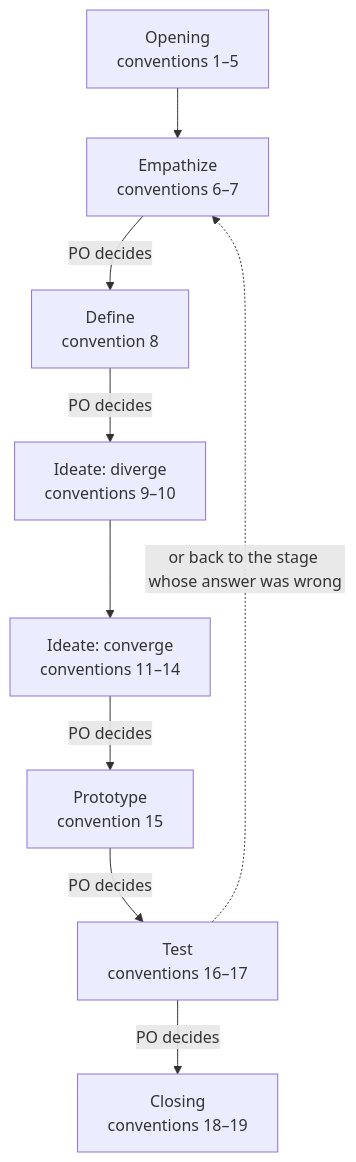
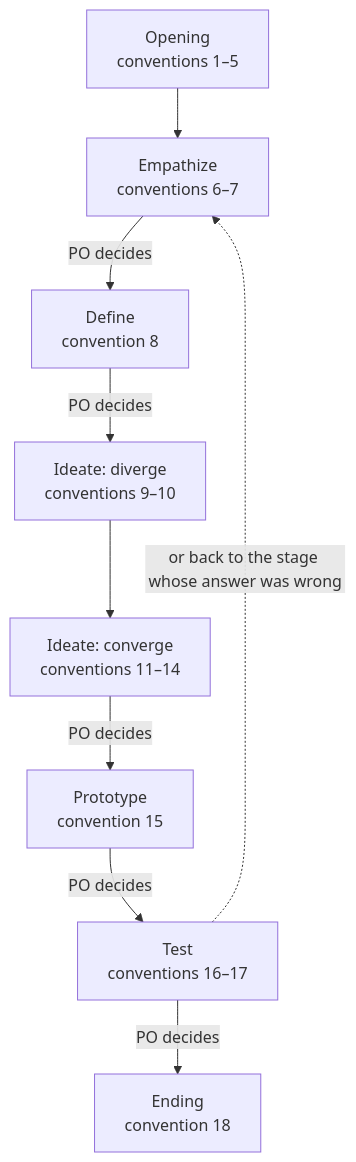
The diagram in plugins/ideo-scrum/skills/design-kernel/conventions/design-log.md (seapawn1/IDEO-Scrum), drawn with Mermaid before and after one commit. The commit also changed other lines of this file and 4 other files, not shown here.

````diff
--- a/plugins/ideo-scrum/skills/design-kernel/conventions/design-log.md
+++ b/plugins/ideo-scrum/skills/design-kernel/conventions/design-log.md
@@ -7,11 +7,11 @@
 ```mermaid
 flowchart TD
     A["Opening<br/>conventions 1–5"] --> B["Empathize<br/>conventions 6–7"]
     B -- "PO decides" --> C["Define<br/>convention 8"]
     C -- "PO decides" --> D["Ideate: diverge<br/>conventions 9–10"]
     D --> E["Ideate: converge<br/>conventions 11–14"]
     E -- "PO decides" --> F["Prototype<br/>convention 15"]
     F -- "PO decides" --> G["Test<br/>conventions 16–17"]
-    G -- "PO decides" --> H["Closing<br/>conventions 18–19"]
+    G -- "PO decides" --> H["Ending<br/>convention 18"]
     G -. "or back to the stage whose answer was wrong" .-> B
 ```
````
